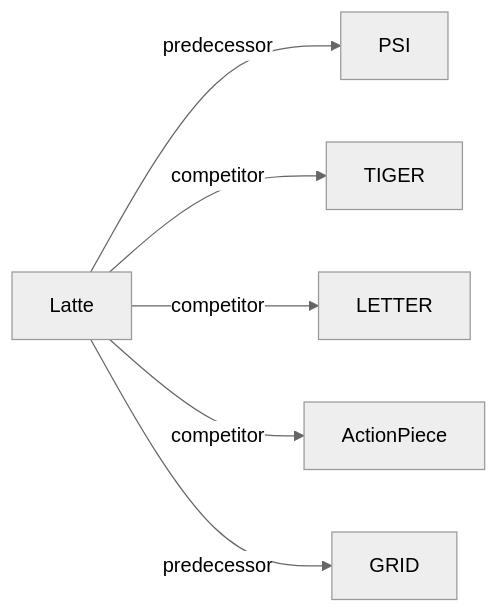
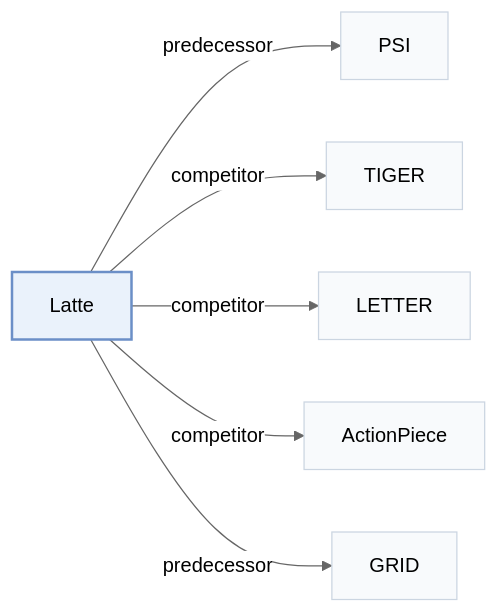
One commit to Galaxy-ghost/Awesome-SID-Generative-Rec changed the second of 2 diagrams in pages/papers/latte.md. Above: the diagram before and after it, drawn with Mermaid (neutral theme). The commit also changed other lines of this file and 649 other files, not shown here.

Commit message:
writer-05: also tags and modality index (schema, check, build, visuals); summary field removed; calibration data for 12 papers

````diff
--- a/pages/papers/latte.md
+++ b/pages/papers/latte.md
@@ -68,9 +74,13 @@
 ```mermaid
 flowchart LR
     P["Latte"]
-    P -->|predecessor| A["PSI"]
-    P -->|competitor| B["TIGER"]
-    P -->|competitor| C["LETTER"]
-    P -->|competitor| D["ActionPiece"]
-    P -->|predecessor| E["GRID"]
+    P -->|"predecessor"| A["PSI"]
+    P -->|"competitor"| B["TIGER"]
+    P -->|"competitor"| C["LETTER"]
+    P -->|"competitor"| D["ActionPiece"]
+    P -->|"predecessor"| E["GRID"]
+    classDef main fill:#eaf2fb,stroke:#6b8fc7,stroke-width:2px
+    classDef peer fill:#f8fafc,stroke:#cbd5e1
+    class P main
+    class A,B,C,D,E peer
 ```
````
